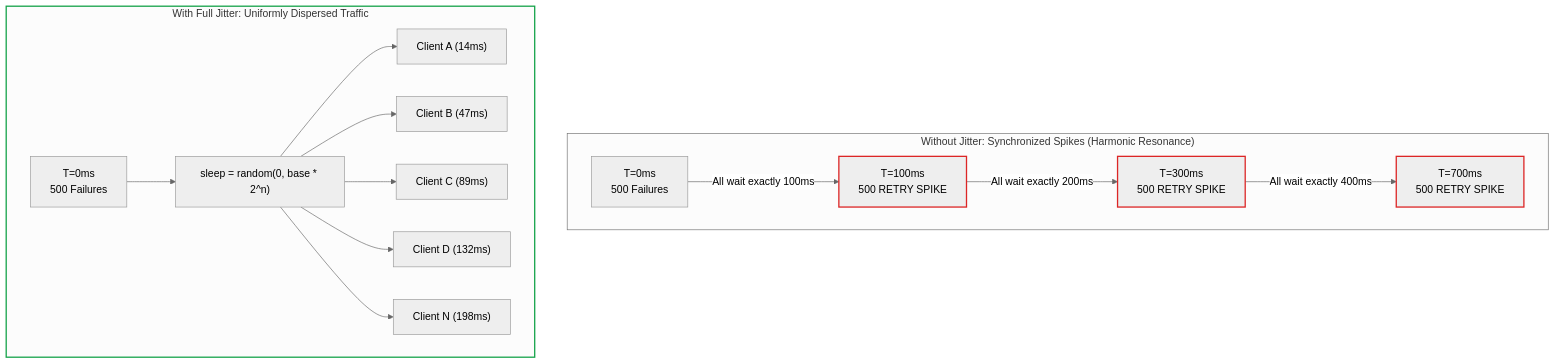
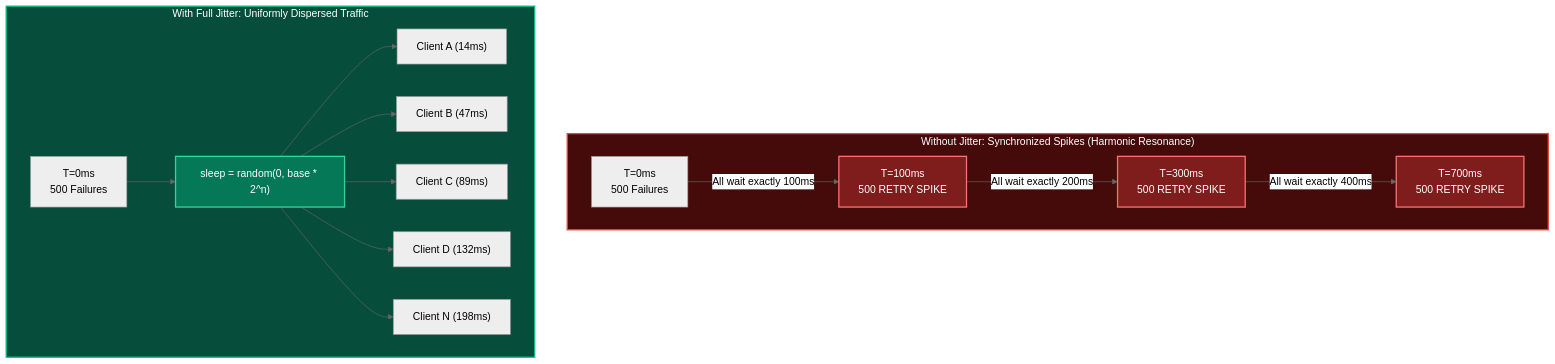
One commit to yodh4/ubiquitous-parakeet changed the third of 4 diagrams in docs/milestone-2/02-retries-backoff-jitter.md. Above: the diagram before and after it, drawn with Mermaid (neutral theme). The commit also changed other lines of this file and 5 other files, not shown here.

Commit message:
Docs: Apply distinctive high-contrast color styling to README and all milestone-2 diagrams

````diff
--- a/docs/milestone-2/02-retries-backoff-jitter.md
+++ b/docs/milestone-2/02-retries-backoff-jitter.md
@@ -122,24 +131,31 @@
 ```mermaid
 flowchart TD
     subgraph WithoutJitter ["Without Jitter: Synchronized Spikes (Harmonic Resonance)"]
         direction LR
         NJ0["T=0ms<br/>500 Failures"] -->|"All wait exactly 100ms"| NJ1["T=100ms<br/>500 RETRY SPIKE"]
         NJ1 -->|"All wait exactly 200ms"| NJ2["T=300ms<br/>500 RETRY SPIKE"]
         NJ2 -->|"All wait exactly 400ms"| NJ3["T=700ms<br/>500 RETRY SPIKE"]
     end
 
     subgraph WithJitter ["With Full Jitter: Uniformly Dispersed Traffic"]
         direction LR
         WJ0["T=0ms<br/>500 Failures"] --> Spread["sleep = random(0, base * 2^n)"]
         Spread --> R1["Client A (14ms)"]
         Spread --> R2["Client B (47ms)"]
         Spread --> R3["Client C (89ms)"]
         Spread --> R4["Client D (132ms)"]
         Spread --> R5["Client N (198ms)"]
     end
 
-    style NJ1 stroke:#dc2626,stroke-width:2px
-    style NJ2 stroke:#dc2626,stroke-width:2px
-    style NJ3 stroke:#dc2626,stroke-width:2px
-    style WithJitter stroke:#16a34a,stroke-width:2px
+    %% Subgraph Styling
+    style WithoutJitter fill:#450a0a,stroke:#ef4444,stroke-width:2px,color:#ffffff
+    style WithJitter fill:#064e3b,stroke:#10b981,stroke-width:2px,color:#ffffff
+
+    %% Spike Nodes
+    style NJ1 fill:#7f1d1d,stroke:#f87171,stroke-width:2px,color:#ffffff
+    style NJ2 fill:#7f1d1d,stroke:#f87171,stroke-width:2px,color:#ffffff
+    style NJ3 fill:#7f1d1d,stroke:#f87171,stroke-width:2px,color:#ffffff
+
+    %% Smooth Nodes
+    style Spread fill:#047857,stroke:#34d399,stroke-width:2px,color:#ffffff
 ```
````
